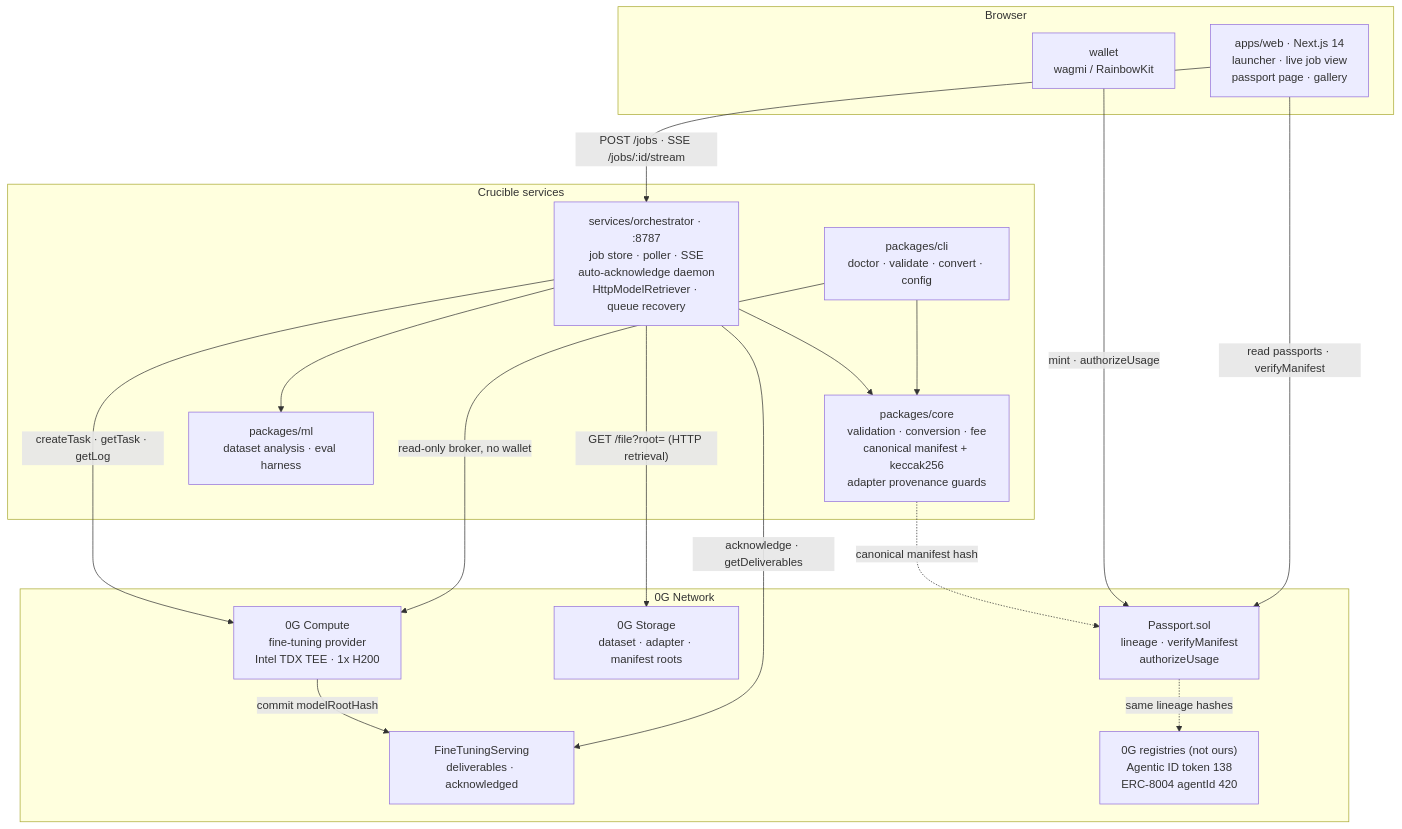
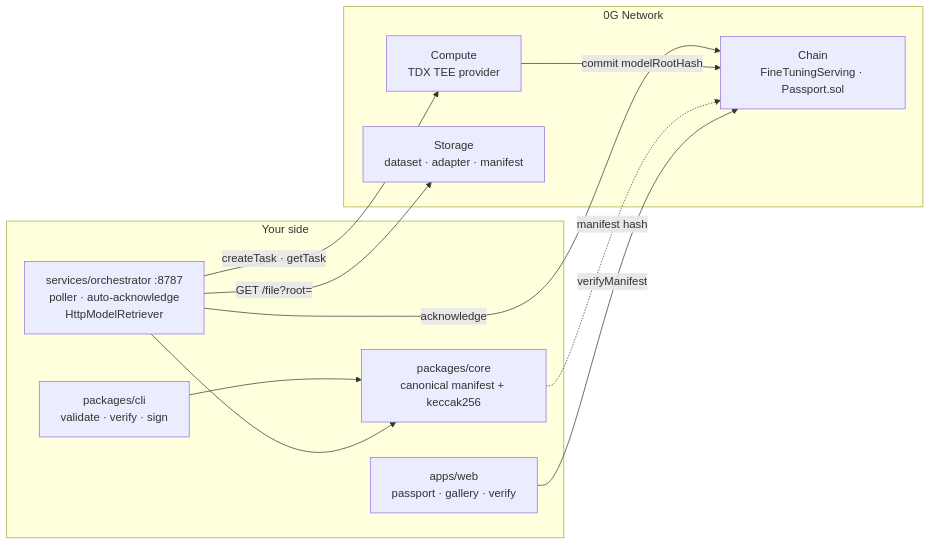
The diagram in README.md (Professional50coder/crucible), drawn with Mermaid before and after one commit. The commit also changed other lines of this file, not shown here.

````diff
--- a/README.md
+++ b/README.md
@@ -197,36 +76,22 @@
 ```mermaid
-flowchart TB
-    subgraph client["Browser"]
-        WEB["apps/web · Next.js 14<br/>launcher · live job view<br/>passport page · gallery"]
-        WALLET["wallet<br/>wagmi / RainbowKit"]
+flowchart LR
+    subgraph you["Your side"]
+        CLI["packages/cli<br/>validate · verify · sign"]
+        ORCH["services/orchestrator :8787<br/>poller · auto-acknowledge<br/>HttpModelRetriever"]
+        CORE["packages/core<br/>canonical manifest + keccak256"]
+        WEB["apps/web<br/>passport · gallery · verify"]
     end
-
-    subgraph local["Crucible services"]
-        ORCH["services/orchestrator · :8787<br/>job store · poller · SSE<br/>auto-acknowledge daemon<br/>HttpModelRetriever · queue recovery"]
-        CORE["packages/core<br/>validation · conversion · fee<br/>canonical manifest + keccak256<br/>adapter provenance guards"]
-        ML["packages/ml<br/>dataset analysis · eval harness"]
-        CLI["packages/cli<br/>doctor · validate · convert · config"]
+    subgraph og["0G Network"]
+        COMPUTE["Compute<br/>TDX TEE provider"]
+        STORE["Storage<br/>dataset · adapter · manifest"]
+        CHAIN["Chain<br/>FineTuningServing · Passport.sol"]
     end
-
-    subgraph og["0G Network"]
-        COMPUTE["0G Compute<br/>fine-tuning provider<br/>Intel TDX TEE · 1x H200"]
-        STORAGE["0G Storage<br/>dataset · adapter · manifest roots"]
-        FTS["FineTuningServing<br/>deliverables · acknowledged"]
-        PASSPORT["Passport.sol<br/>lineage · verifyManifest<br/>authorizeUsage"]
-        REG["0G registries (not ours)<br/>Agentic ID token 138<br/>ERC-8004 agentId 420"]
-    end
-
-    WEB -->|"POST /jobs · SSE /jobs/:id/stream"| ORCH
-    WEB -->|"read passports · verifyManifest"| PASSPORT
-    WALLET -->|"mint · authorizeUsage"| PASSPORT
     CLI --> CORE
-    CLI -->|"read-only broker, no wallet"| COMPUTE
     ORCH --> CORE
-    ORCH --> ML
-    ORCH -->|"createTask · getTask · getLog"| COMPUTE
-    ORCH -->|"GET /file?root= (HTTP retrieval)"| STORAGE
-    ORCH -->|"acknowledge · getDeliverables"| FTS
-    COMPUTE -->|"commit modelRootHash"| FTS
-    CORE -.->|"canonical manifest hash"| PASSPORT
-    PASSPORT -.->|"same lineage hashes"| REG
+    ORCH -->|createTask · getTask| COMPUTE
+    ORCH -->|GET /file?root=| STORE
+    ORCH -->|acknowledge| CHAIN
+    COMPUTE -->|commit modelRootHash| CHAIN
+    CORE -.->|manifest hash| CHAIN
+    WEB -->|verifyManifest| CHAIN
 ```
````
